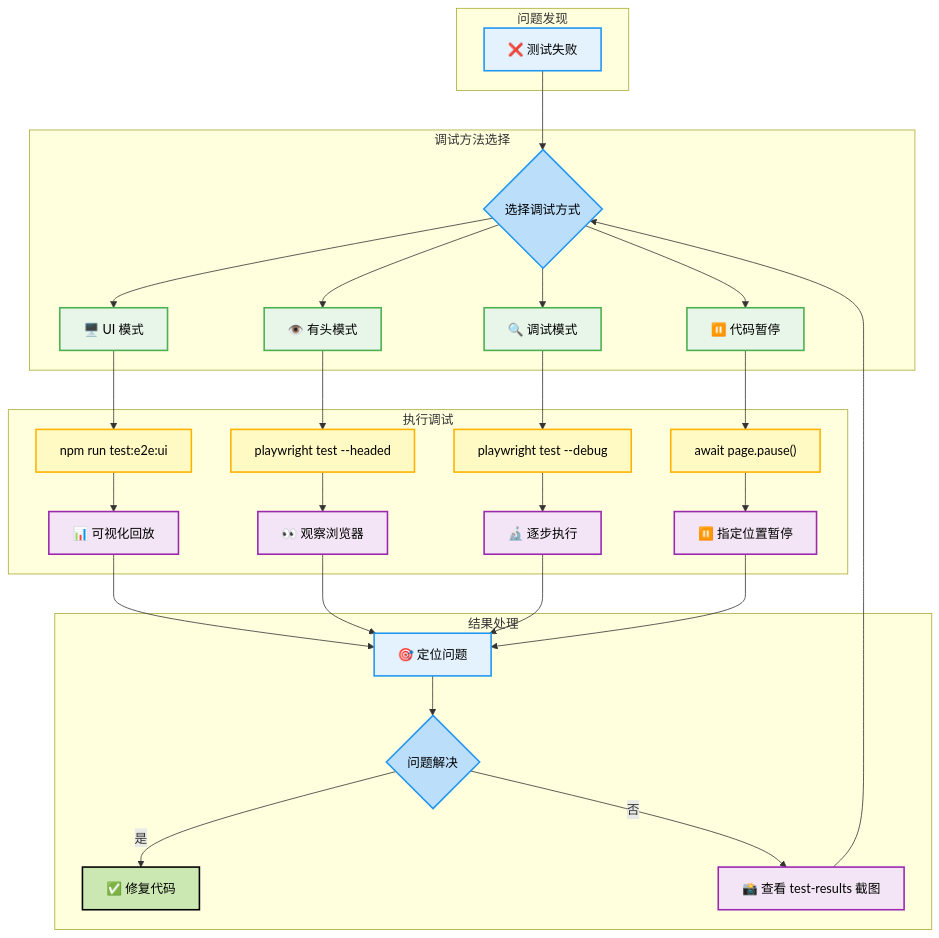
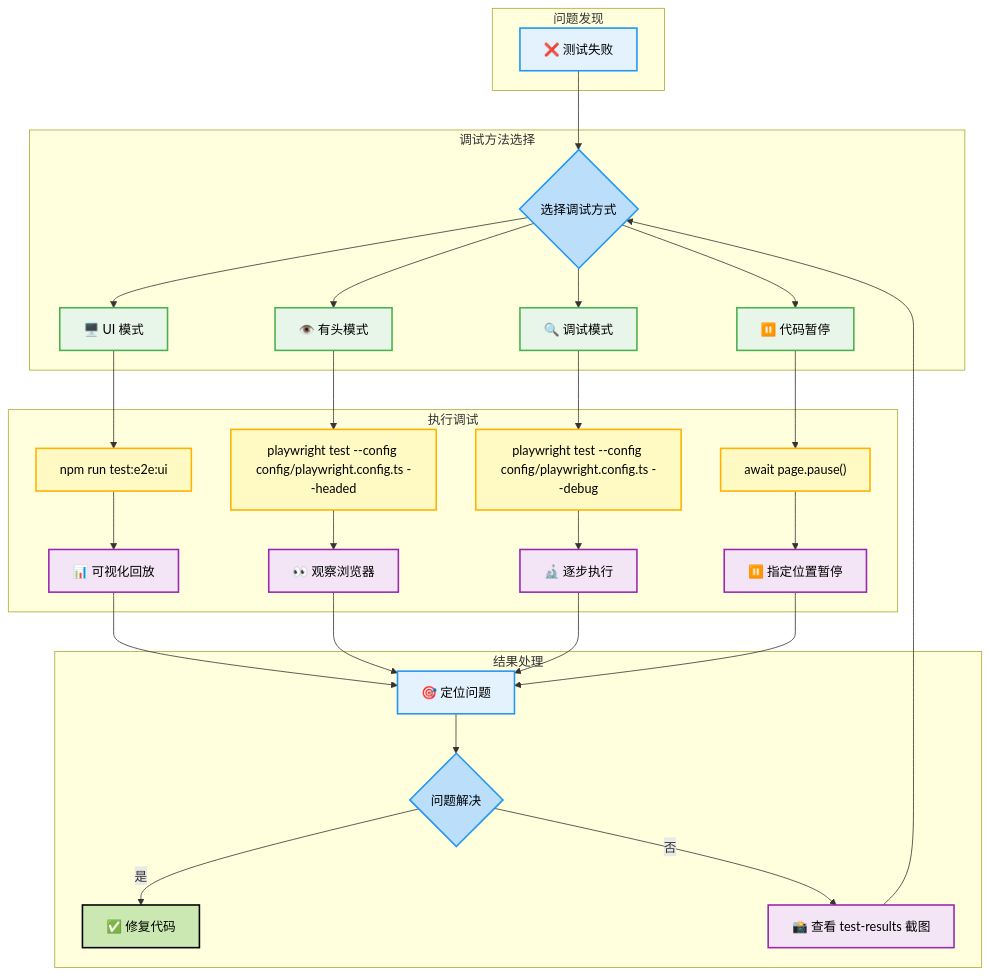
The ninth of 9 diagrams in docs/TESTING_WORKFLOW.md (yuukiLike/iframe-link), drawn with Mermaid before and after one commit. The commit also changed other lines of this file and 31 other files, not shown here.

````diff
--- a/docs/TESTING_WORKFLOW.md
+++ b/docs/TESTING_WORKFLOW.md
@@ -455,48 +455,48 @@
 ```mermaid
 flowchart TD
     subgraph 问题发现
         A[❌ 测试失败]:::statusDisplay
     end
 
     subgraph 调试方法选择
         B{选择调试方式}:::condition
         C[🖥️ UI 模式]:::userAction
         D[👁️ 有头模式]:::userAction
         E[🔍 调试模式]:::userAction
         F[⏸️ 代码暂停]:::userAction
     end
 
     subgraph 执行调试
         G["npm run test:e2e:ui"]:::apiCall
-        H["playwright test --headed"]:::apiCall
-        I["playwright test --debug"]:::apiCall
+        H["playwright test --config config/playwright.config.ts --headed"]:::apiCall
+        I["playwright test --config config/playwright.config.ts --debug"]:::apiCall
         J["await page.pause()"]:::apiCall
         K[📊 可视化回放]:::dataDisplay
         L[👀 观察浏览器]:::dataDisplay
         M[🔬 逐步执行]:::dataDisplay
         N[⏸️ 指定位置暂停]:::dataDisplay
     end
 
     subgraph 结果处理
         O[🎯 定位问题]:::statusDisplay
         P{问题解决}:::condition
         Q[✅ 修复代码]:::endNode
         R[📸 查看 test-results 截图]:::dataDisplay
     end
 
     A --> B
     B --> C --> G --> K --> O
     B --> D --> H --> L --> O
     B --> E --> I --> M --> O
     B --> F --> J --> N --> O
     O --> P
     P -->|是| Q
     P -->|否| R --> B
 
     classDef apiCall fill:#FFF9C4,stroke:#FFB300,stroke-width:2px,color:#000
     classDef dataDisplay fill:#F3E5F5,stroke:#9C27B0,stroke-width:2px,color:#000
     classDef userAction fill:#E8F5E9,stroke:#4CAF50,stroke-width:2px,color:#000
     classDef statusDisplay fill:#E3F2FD,stroke:#2196F3,stroke-width:2px,color:#000
     classDef condition fill:#BBDEFB,stroke:#2196F3,stroke-width:2px,color:#000
     classDef endNode fill:#CBE8B2,stroke:#000,stroke-width:2px,color:#000
 ```
````
